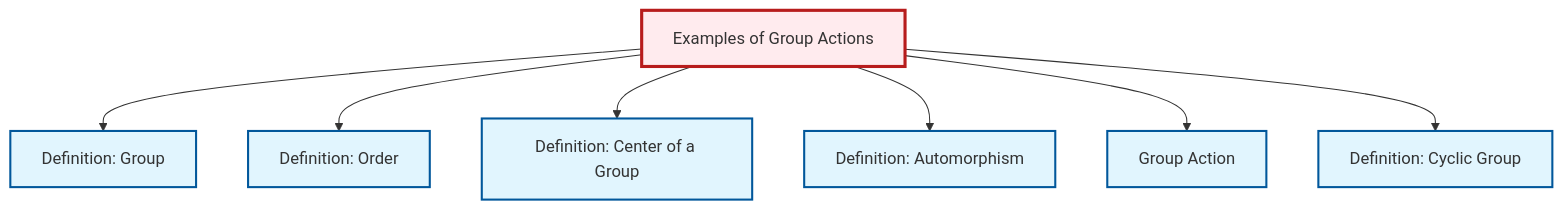
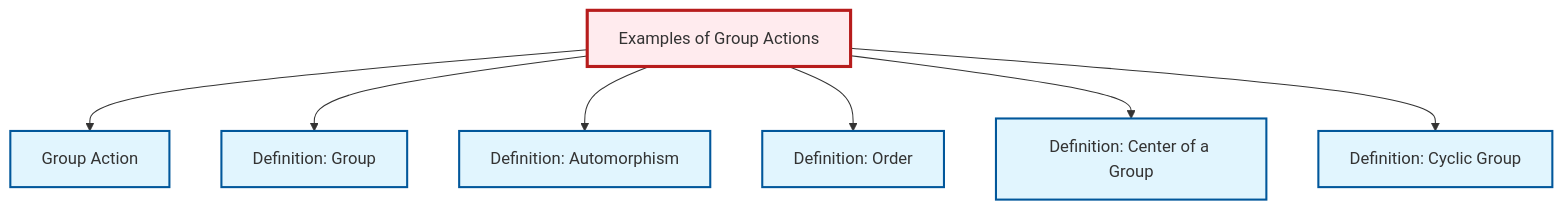
The diagram in content/ja/algebra/ex-group-action-examples.qmd (RK0429/ModernMath), drawn with Mermaid before and after one commit. The commit also changed other lines of this file and 654 other files, not shown here.

````diff
--- a/content/ja/algebra/ex-group-action-examples.qmd
+++ b/content/ja/algebra/ex-group-action-examples.qmd
@@ -78,29 +78,29 @@
 ```{mermaid}
 %%| fig-cap: "Local dependency graph"
 graph TD
     classDef definition fill:#e1f5fe,stroke:#01579b,stroke-width:2px
     classDef theorem fill:#f3e5f5,stroke:#4a148c,stroke-width:2px
     classDef axiom fill:#fff3e0,stroke:#e65100,stroke-width:2px
     classDef example fill:#e8f5e9,stroke:#1b5e20,stroke-width:2px
     classDef current fill:#ffebee,stroke:#b71c1c,stroke-width:3px
+    def-cyclic-group["Definition: Cyclic Group"]:::definition
+    def-center-of-group["Definition: Center of a Group"]:::definition
     def-group["Definition: Group"]:::definition
-    def-center-of-group["Definition: Center of a Group"]:::definition
-    def-cyclic-group["Definition: Cyclic Group"]:::definition
     def-order["Definition: Order"]:::definition
+    ex-group-action-examples["Examples of Group Actions"]:::example
     def-group-action["Group Action"]:::definition
     def-automorphism["Definition: Automorphism"]:::definition
-    ex-group-action-examples["Examples of Group Actions"]:::example
+    ex-group-action-examples --> def-group-action
     ex-group-action-examples --> def-group
+    ex-group-action-examples --> def-automorphism
     ex-group-action-examples --> def-order
     ex-group-action-examples --> def-center-of-group
-    ex-group-action-examples --> def-automorphism
-    ex-group-action-examples --> def-group-action
     ex-group-action-examples --> def-cyclic-group
     class ex-group-action-examples current
+    click def-cyclic-group "def-cyclic-group.html" "Definition: Cyclic Groupへ"
+    click def-center-of-group "def-center-of-group.html" "Definition: Center of a Groupへ"
     click def-group "def-group.html" "Definition: Groupへ"
-    click def-center-of-group "def-center-of-group.html" "Definition: Center of a Groupへ"
-    click def-cyclic-group "def-cyclic-group.html" "Definition: Cyclic Groupへ"
     click def-order "def-order.html" "Definition: Orderへ"
     click def-group-action "def-group-action.html" "Group Actionへ"
     click def-automorphism "def-automorphism.html" "Definition: Automorphismへ"
 ```
````
